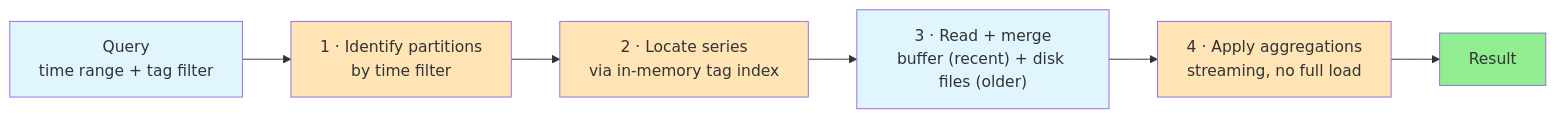
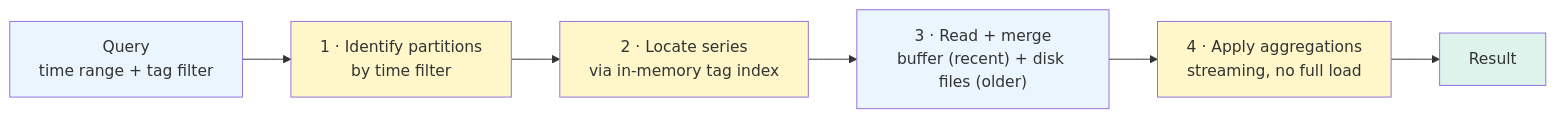
Before and after one commit to cartmancodes/InterviewVault: the diagram in LLD/SystemDesign/DeepDives/TimeSeriesDatabases.md, drawn with Mermaid. The commit also changed 679 other files, not shown here.

Commit message:
Unify content diagrams and add accessible visual walkthroughs

````diff
--- a/LLD/SystemDesign/DeepDives/TimeSeriesDatabases.md
+++ b/LLD/SystemDesign/DeepDives/TimeSeriesDatabases.md
@@ -303,15 +303,15 @@
 ```mermaid
 graph LR
     Q["Query<br/>time range + tag filter"] --> P["1 · Identify partitions<br/>by time filter"]
     P --> S["2 · Locate series<br/>via in-memory tag index"]
     S --> R["3 · Read + merge<br/>buffer (recent) + disk files (older)"]
     R --> A["4 · Apply aggregations<br/>streaming, no full load"]
     A --> Res["Result"]
 
-    style Q fill:#e1f5ff
-    style P fill:#FFE4B5
-    style S fill:#FFE4B5
-    style R fill:#e1f5ff
-    style A fill:#FFE4B5
-    style Res fill:#90EE90
+    style Q fill:#EAF5FD
+    style P fill:#FFF6C9
+    style S fill:#FFF6C9
+    style R fill:#EAF5FD
+    style A fill:#FFF6C9
+    style Res fill:#DDF3EC
 ```
````
